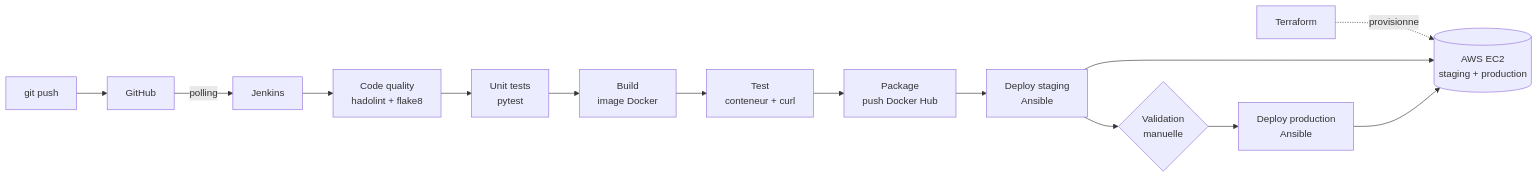
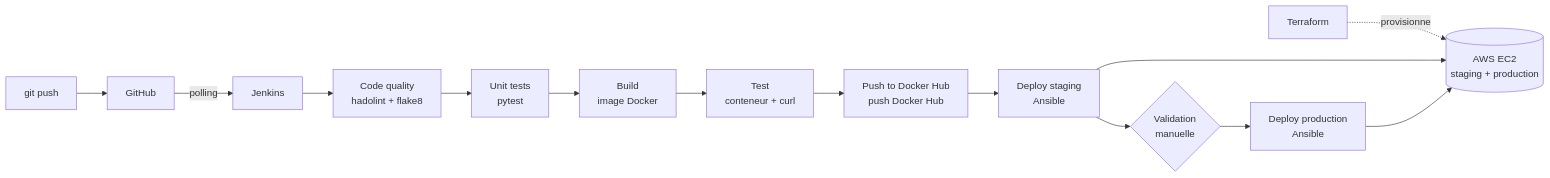
The diagram in README.md (CathalinaRanaivoarison/flask-jenkins-pipeline), drawn with Mermaid before and after one commit. The commit also changed other lines of this file and 4 other files, not shown here.

````diff
--- a/README.md
+++ b/README.md
@@ -9,16 +9,16 @@
 ```mermaid
 flowchart LR
     dev[git push] --> gh[GitHub]
     gh -->|polling| jk[Jenkins]
     jk --> q[Code quality<br/>hadolint + flake8]
     q --> u[Unit tests<br/>pytest]
     u --> b[Build<br/>image Docker]
     b --> t[Test<br/>conteneur + curl]
-    t --> p[Package<br/>push Docker Hub]
+    t --> p[Push to Docker Hub<br/>push Docker Hub]
     p --> s[Deploy staging<br/>Ansible]
     s --> v{Validation<br/>manuelle}
     v --> pr[Deploy production<br/>Ansible]
     tf[Terraform] -.->|provisionne| aws[(AWS EC2<br/>staging + production)]
     s --> aws
     pr --> aws
 ```
````
